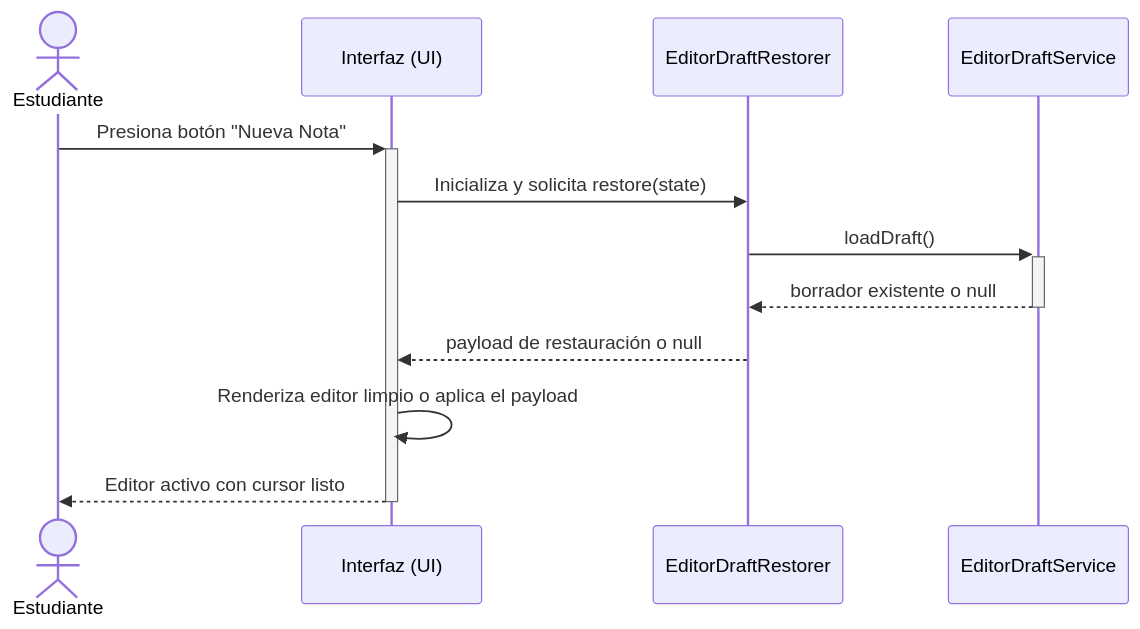
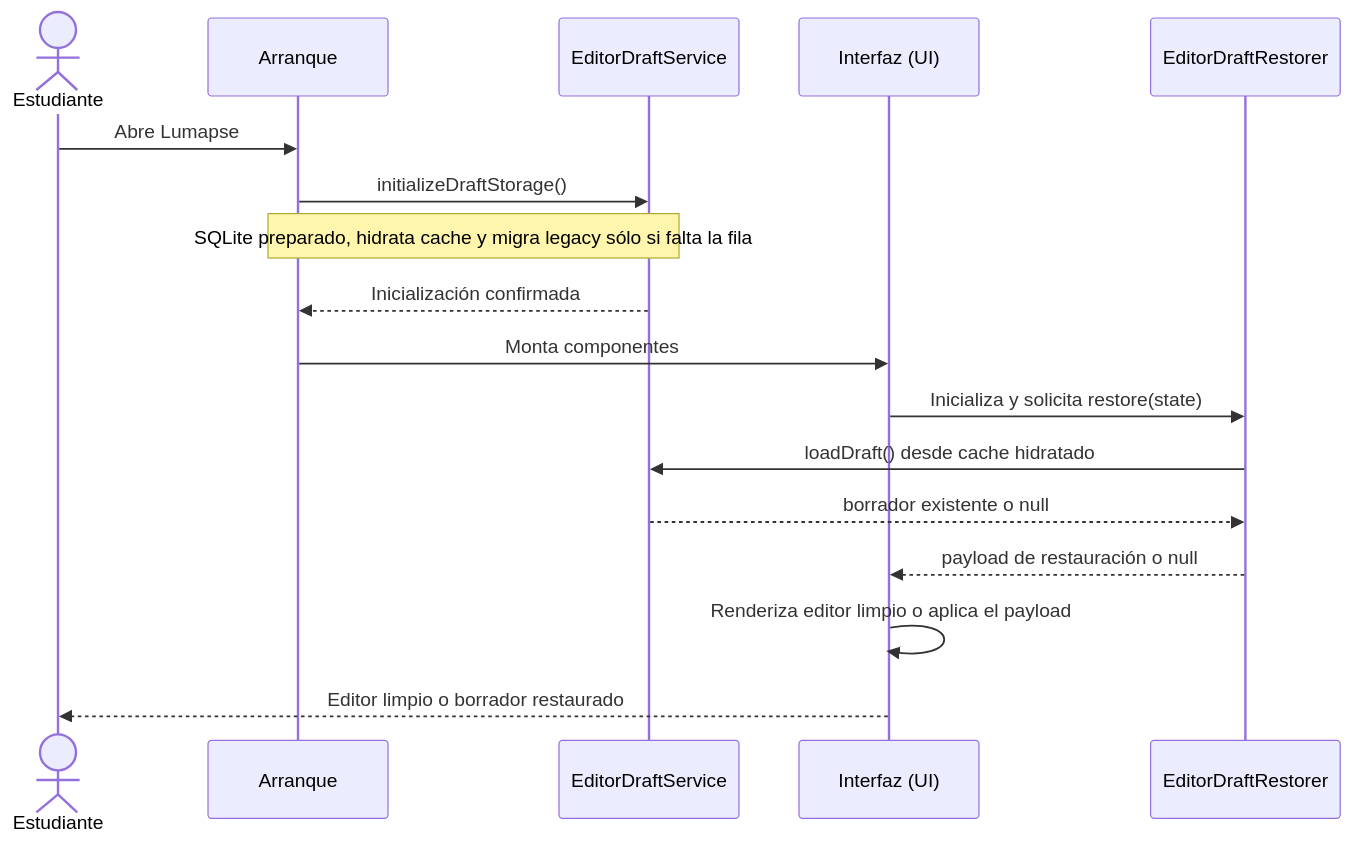
One commit to jdfesa/lumapse changed the first of 5 diagrams in docs/diagramas/secuencia-crear-nota.md. Above: the diagram before and after it, drawn with Mermaid. The commit also changed other lines of this file and 14 other files, not shown here.

````diff
--- a/docs/diagramas/secuencia-crear-nota.md
+++ b/docs/diagramas/secuencia-crear-nota.md
@@ -21,15 +27,20 @@
 ```mermaid
 sequenceDiagram
     actor EST as Estudiante
+    participant MAIN as Arranque
+    participant DRAFT as EditorDraftService
     participant UI as Interfaz (UI)
     participant RESTORER as EditorDraftRestorer
-    participant DRAFT as EditorDraftService
 
-    EST ->>+ UI: Presiona botón "Nueva Nota"
+    EST ->> MAIN: Abre Lumapse
+    MAIN ->> DRAFT: initializeDraftStorage()
+    Note over MAIN,DRAFT: SQLite preparado, hidrata cache y migra legacy sólo si falta la fila
+    DRAFT -->> MAIN: Inicialización confirmada
+    MAIN ->> UI: Monta componentes
     UI ->> RESTORER: Inicializa y solicita restore(state)
-    RESTORER ->>+ DRAFT: loadDraft()
-    DRAFT -->>- RESTORER: borrador existente o null
+    RESTORER ->> DRAFT: loadDraft() desde cache hidratado
+    DRAFT -->> RESTORER: borrador existente o null
     RESTORER -->> UI: payload de restauración o null
     UI ->> UI: Renderiza editor limpio o aplica el payload
-    UI -->>- EST: Editor activo con cursor listo
+    UI -->> EST: Editor limpio o borrador restaurado
 ```
````
